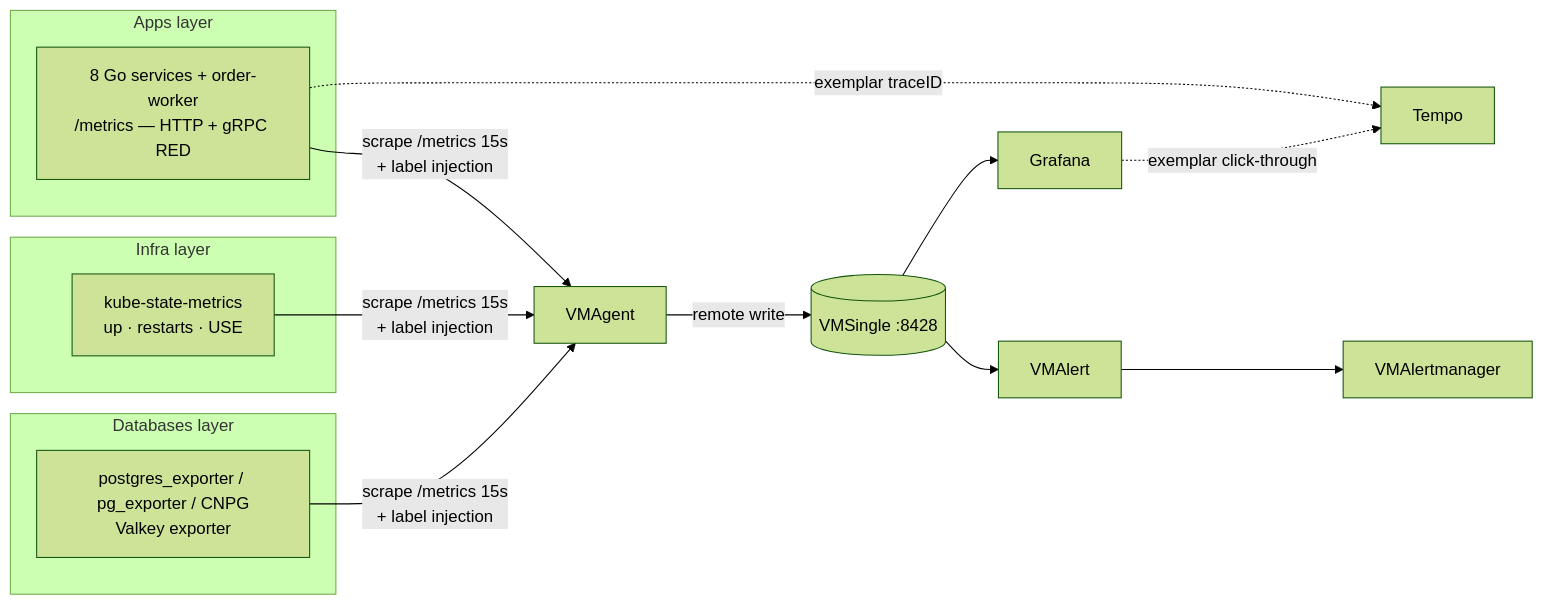
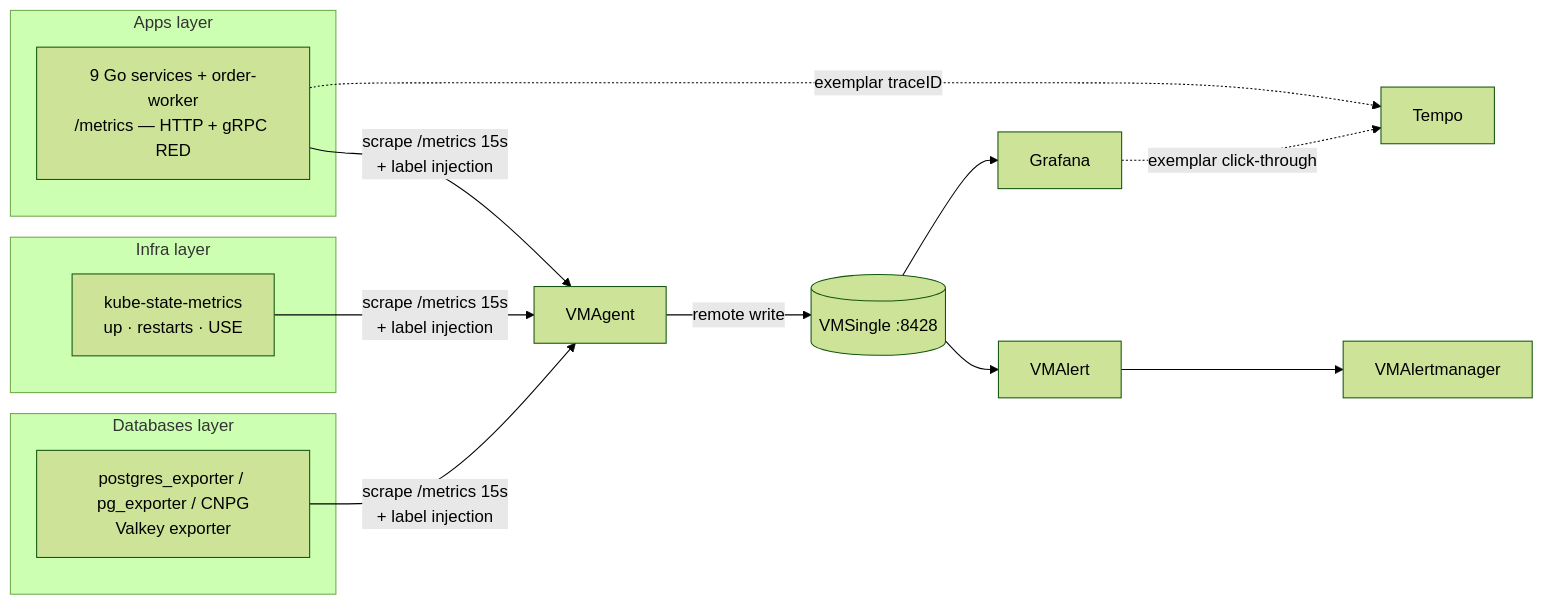
Before and after one commit to duynhlab/homelab: the second of 2 diagrams in docs/observability/metrics/README.md, drawn with Mermaid (forest theme). The commit also changed other lines of this file and 43 other files, not shown here.

````diff
--- a/docs/observability/metrics/README.md
+++ b/docs/observability/metrics/README.md
@@ -87,19 +87,19 @@
 ```mermaid
 flowchart LR
     subgraph apps["Apps layer"]
-        SVC["8 Go services + order-worker<br/>/metrics — HTTP + gRPC RED"]
+        SVC["9 Go services + order-worker<br/>/metrics — HTTP + gRPC RED"]
     end
     subgraph infra["Infra layer"]
         KSM["kube-state-metrics<br/>up · restarts · USE"]
     end
     subgraph db["Databases layer"]
         PGE["postgres_exporter / pg_exporter / CNPG<br/>Valkey exporter"]
     end
 
     SVC & KSM & PGE -->|"scrape /metrics 15s<br/>+ label injection"| VMA["VMAgent"]
     VMA -->|remote write| VMS[("VMSingle :8428")]
     VMS --> GRAF["Grafana"]
     VMS --> VMAL["VMAlert"] --> AM["VMAlertmanager"]
     SVC -. "exemplar traceID" .-> TEMPO["Tempo"]
     GRAF -. "exemplar click-through" .-> TEMPO
 ```
````
